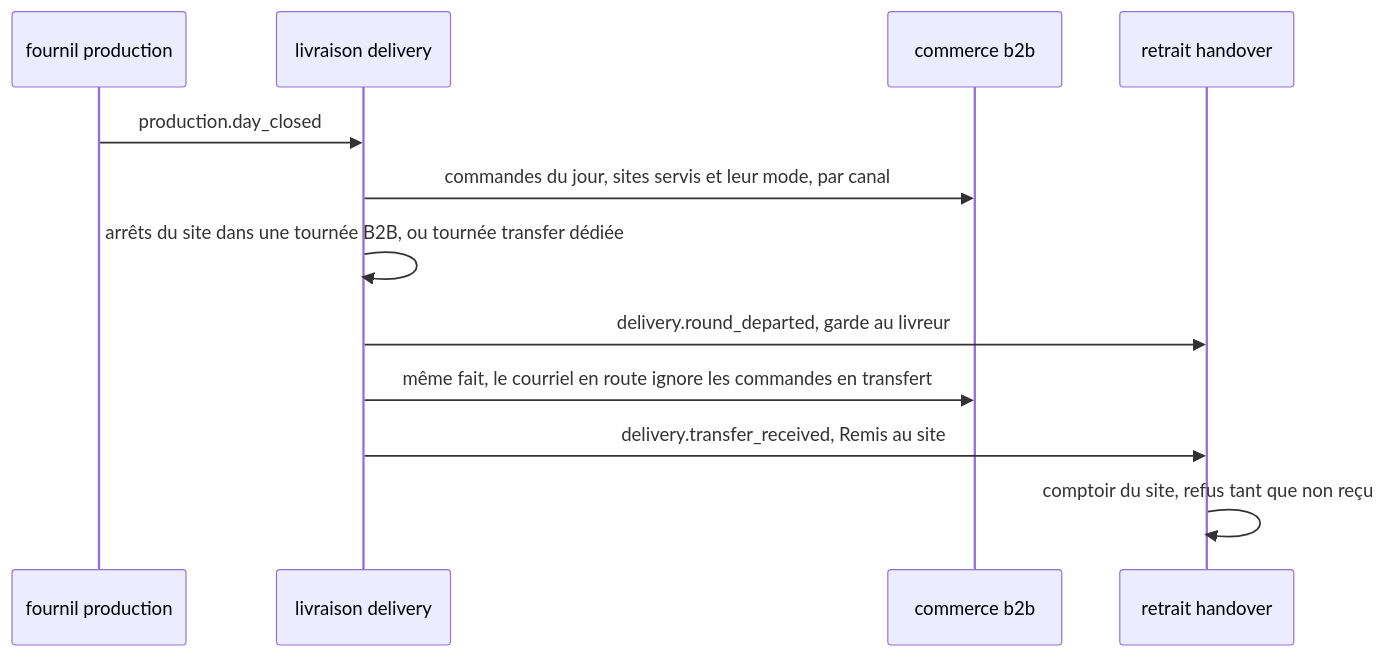
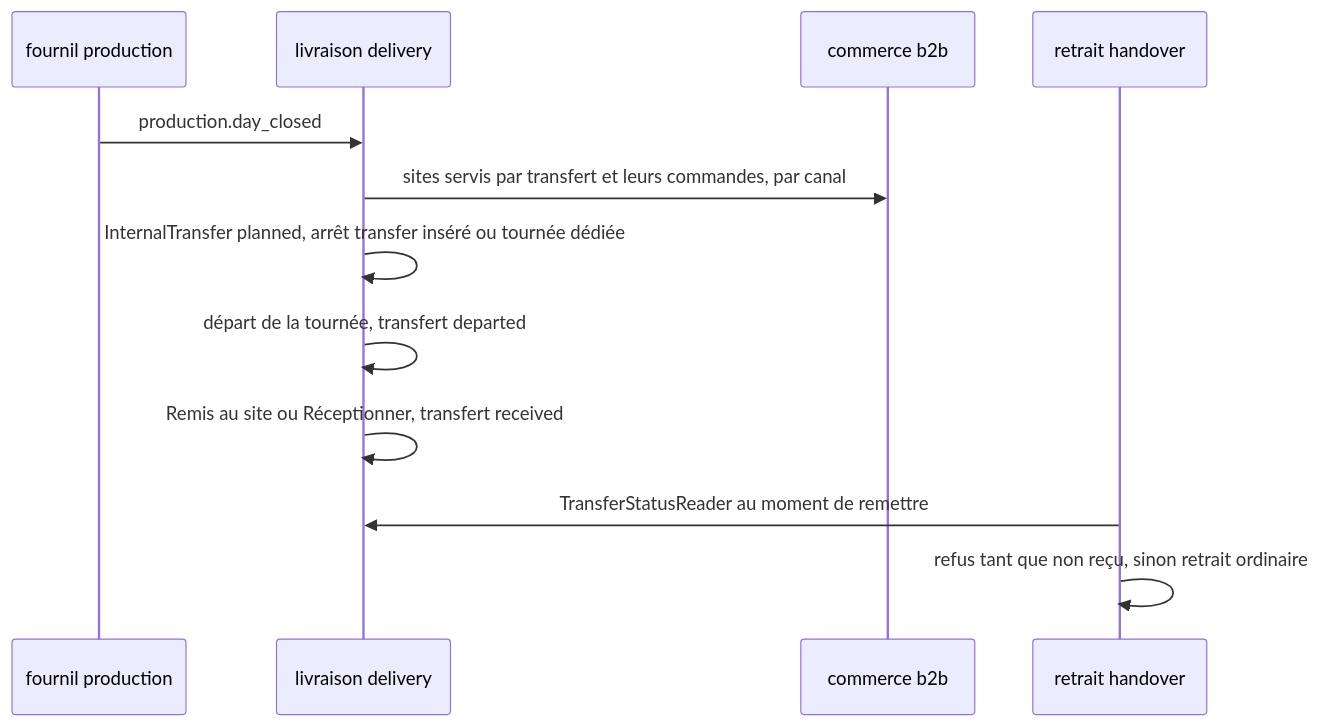
The third of 3 diagrams in documentation/livraisons/transferts/plan-sites-transfert-interne-tri-et-couleurs.md (hugoheynard/lfd), drawn with Mermaid before and after one commit. The commit also changed other lines of this file and 1 other file, not shown here.

First line of the commit message:
docs(livraison): transfert refondu sur l'option B — un arrêt transfert, les commandes du village restent des retraits

````diff
--- a/documentation/livraisons/transferts/plan-sites-transfert-interne-tri-et-couleurs.md
+++ b/documentation/livraisons/transferts/plan-sites-transfert-interne-tri-et-couleurs.md
@@ -540,14 +587,14 @@
 ```mermaid
 sequenceDiagram
   participant F as fournil production
   participant L as livraison delivery
   participant C as commerce b2b
   participant R as retrait handover
   F->>L: production.day_closed
-  L->>C: commandes du jour, sites servis et leur mode, par canal
-  L->>L: arrêts du site dans une tournée B2B, ou tournée transfer dédiée
-  L->>R: delivery.round_departed, garde au livreur
-  L->>C: même fait, le courriel en route ignore les commandes en transfert
-  L->>R: delivery.transfer_received, Remis au site
-  R->>R: comptoir du site, refus tant que non reçu
+  L->>C: sites servis par transfert et leurs commandes, par canal
+  L->>L: InternalTransfer planned, arrêt transfer inséré ou tournée dédiée
+  L->>L: départ de la tournée, transfert departed
+  L->>L: Remis au site ou Réceptionner, transfert received
+  R->>L: TransferStatusReader au moment de remettre
+  R->>R: refus tant que non reçu, sinon retrait ordinaire
 ```
````
